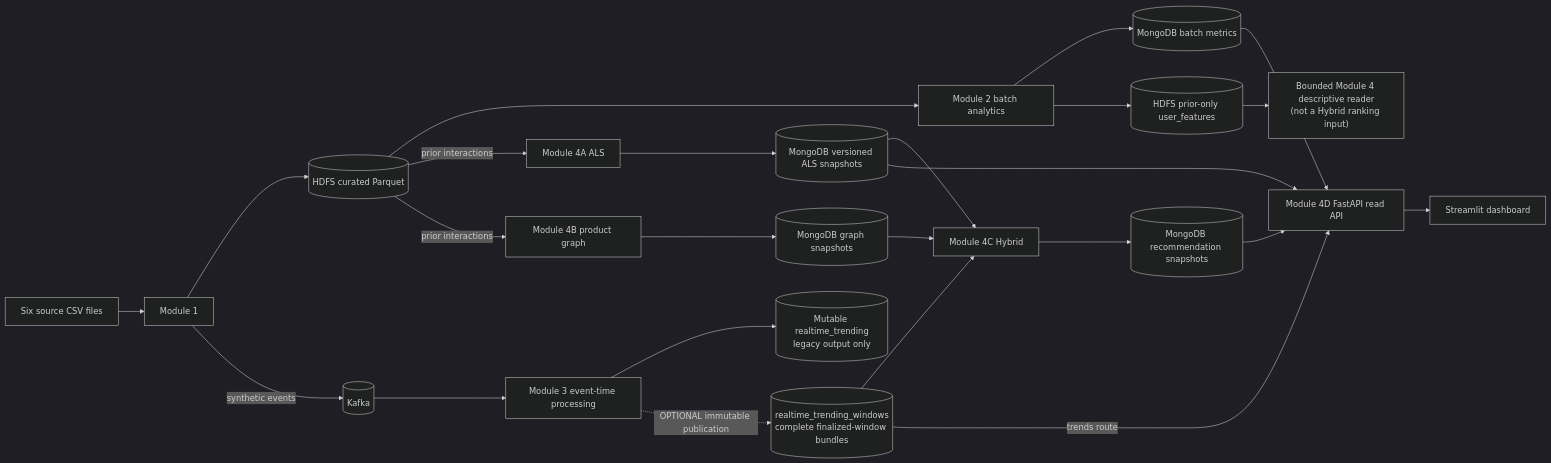
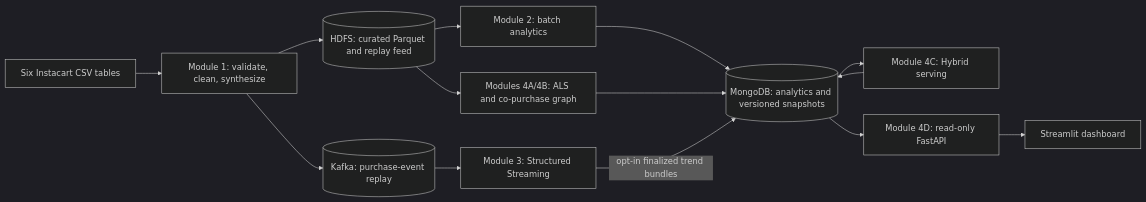
Before and after one commit to mihikari29/instacart-market-basket-analysis: the diagram in README.md, drawn with Mermaid (dark theme). The commit also changed other lines of this file and 81 other files, not shown here.

````diff
--- a/README.md
+++ b/README.md
@@ -9,26 +20,16 @@
 ```mermaid
 flowchart LR
-  csv["Six source CSV files"] --> m1["Module 1"]
-  m1 --> hdfs[("HDFS curated Parquet")]
-  hdfs --> m2["Module 2 batch analytics"]
-  hdfs -->|"prior interactions"| als["Module 4A ALS"]
-  hdfs -->|"prior interactions"| productGraph["Module 4B product graph"]
-  m2 --> batch[("MongoDB batch metrics")]
-  batch --> api["Module 4D FastAPI read API"]
-  m2 --> features[("HDFS prior-only user_features")]
-  features --> featureReader["Bounded Module 4 descriptive reader<br/>(not a Hybrid ranking input)"]
-  als --> alsStore[("MongoDB versioned ALS snapshots")]
-  alsStore --> hybrid["Module 4C Hybrid"]
-  alsStore --> api
-  productGraph --> graphStore[("MongoDB graph snapshots")]
-  graphStore --> hybrid
-  m1 -->|"synthetic events"| kafka[("Kafka")]
-  kafka --> m3["Module 3 event-time processing"]
-  m3 --> legacy[("Mutable realtime_trending<br/>legacy output only")]
-  m3 -. "OPTIONAL immutable publication" .-> bundles[("realtime_trending_windows<br/>complete finalized-window bundles")]
-  bundles --> hybrid
-  bundles -->|"trends route"| api
-  hybrid --> hybridStore[("MongoDB recommendation snapshots")]
-  hybridStore --> api
+  source["Six Instacart CSV tables"] --> m1["Module 1: validate, clean, synthesize"]
+  m1 --> hdfs[("HDFS: curated Parquet and replay feed")]
+  hdfs --> m2["Module 2: batch analytics"]
+  hdfs --> ab["Modules 4A/4B: ALS and co-purchase graph"]
+  m1 --> kafka[("Kafka: purchase-event replay")]
+  kafka --> m3["Module 3: Structured Streaming"]
+  m2 --> mongo[("MongoDB: analytics and versioned snapshots")]
+  ab --> mongo
+  m3 -->|"opt-in finalized trend bundles"| mongo
+  mongo --> hybrid["Module 4C: Hybrid serving"]
+  hybrid --> mongo
+  mongo --> api["Module 4D: read-only FastAPI"]
   api --> ui["Streamlit dashboard"]
 ```
````
